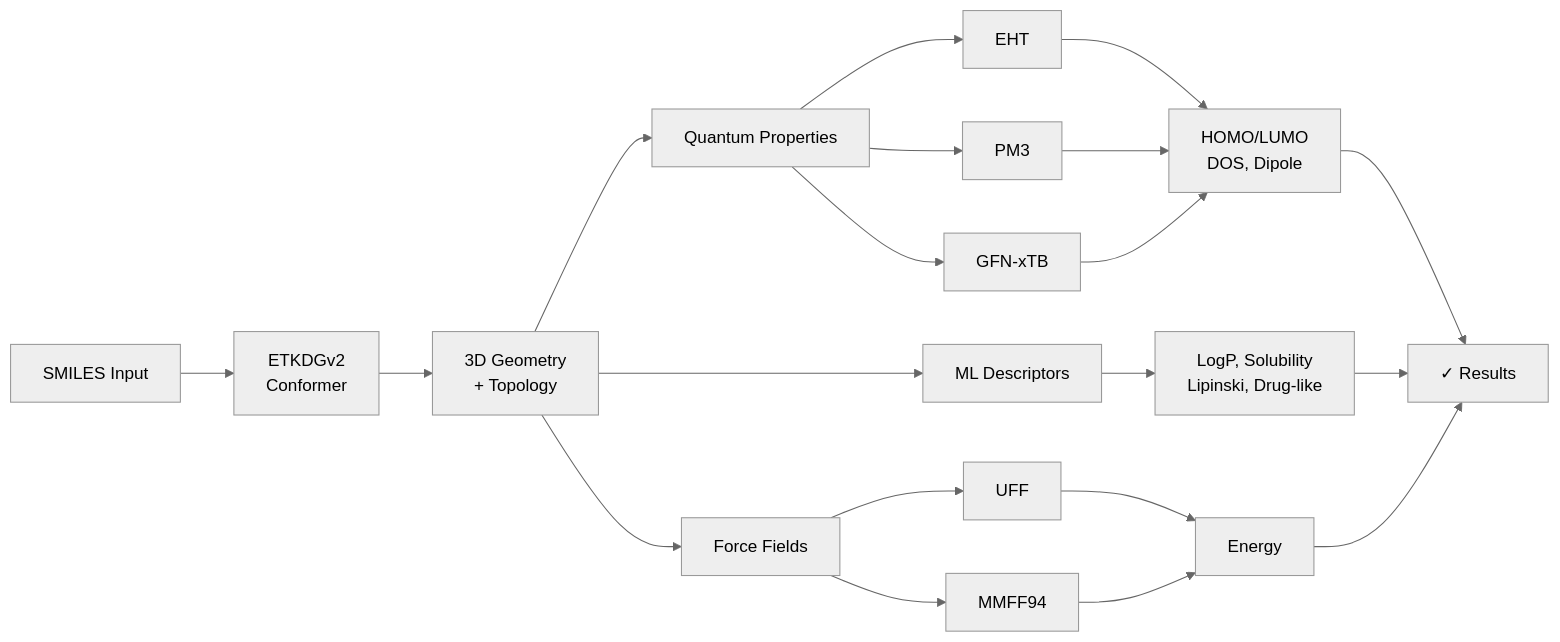
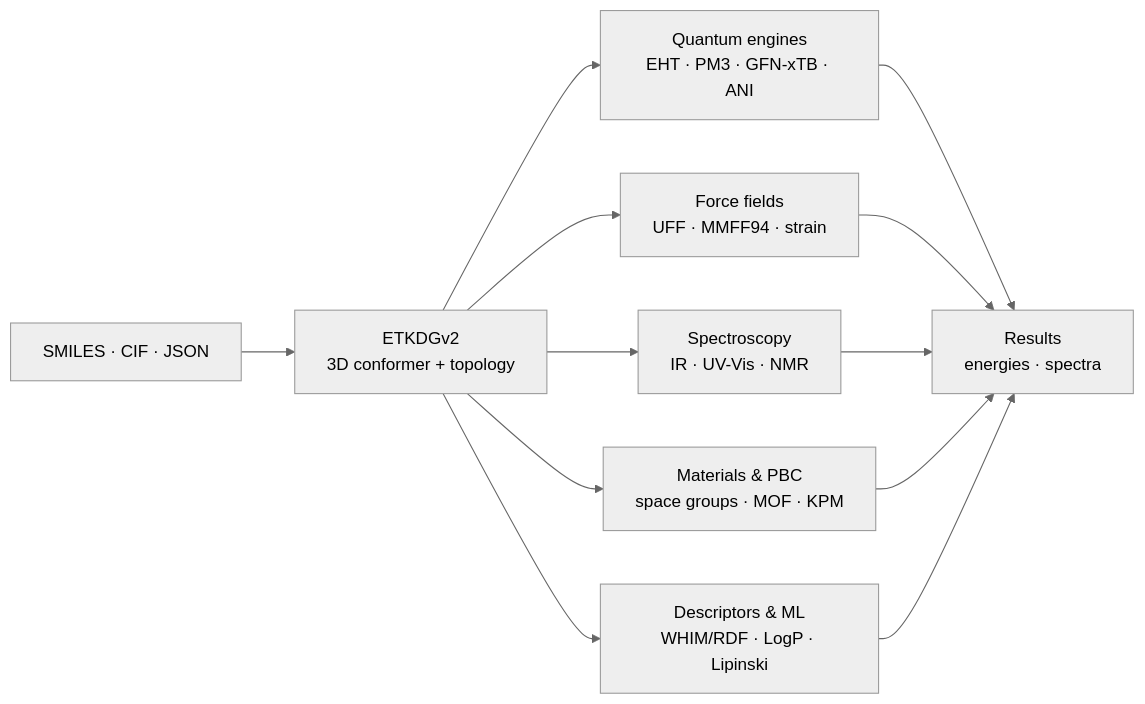
Before and after one commit to jigonzalez930209/sci-form: the diagram in docs/guide/what-is-sci-form.md, drawn with Mermaid (neutral theme). The commit also changed other lines of this file and 10 other files, not shown here.

First line of the commit message:
docs: render Mermaid diagrams and add the 2.0 checklist

````diff
--- a/docs/guide/what-is-sci-form.md
+++ b/docs/guide/what-is-sci-form.md
@@ -54,28 +54,16 @@
 ```mermaid
 graph LR
-    A["SMILES Input"] --> B["ETKDGv2<br/>Conformer"]
-    B --> C["3D Geometry<br/>+ Topology"]
-    
-    C --> E["Quantum Properties"]
-    C --> F["ML Descriptors"]
-    
-    E --> E1["EHT"]
-    E --> E2["PM3"]
-    E --> E3["GFN-xTB"]
-    
-    E1 --> G["HOMO/LUMO<br/>DOS, Dipole"]
-    E2 --> G
-    E3 --> G
-    
-    C --> I["Force Fields"]
-    I --> I1["UFF"]
-    I --> I2["MMFF94"]
-    I1 --> J["Energy"]
-    I2 --> J
-    
-    F --> H["LogP, Solubility<br/>Lipinski, Drug-like"]
-    
-    G --> M["✓ Results"]
-    H --> M
-    J --> M
+    A["SMILES · CIF · JSON"] --> B["ETKDGv2<br/>3D conformer + topology"]
+
+    B --> Q["Quantum engines<br/>EHT · PM3 · GFN-xTB · ANI"]
+    B --> FF["Force fields<br/>UFF · MMFF94 · strain"]
+    B --> SP["Spectroscopy<br/>IR · UV-Vis · NMR"]
+    B --> MA["Materials & PBC<br/>space groups · MOF · KPM"]
+    B --> D["Descriptors & ML<br/>WHIM/RDF · LogP · Lipinski"]
+
+    Q --> R["Results<br/>energies · spectra"]
+    FF --> R
+    SP --> R
+    MA --> R
+    D --> R
 ```
````
